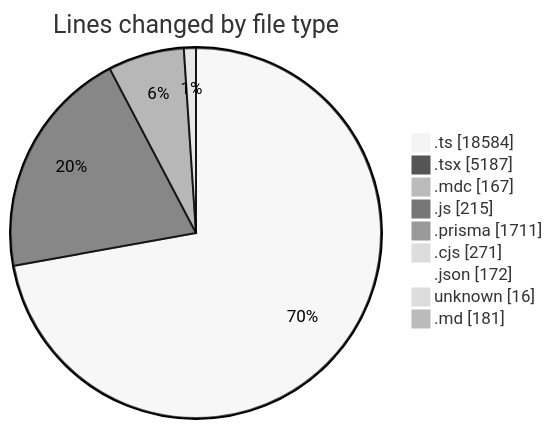
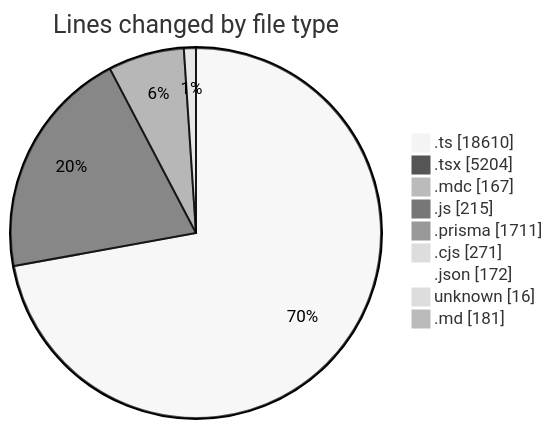
The first of 2 diagrams in 2025-06-06/ecodeli-1/README.md (CELIANVF/code-tracking), drawn with Mermaid (neutral theme) before and after one commit. The commit also changed other lines of this file and 1 other file, not shown here.

````diff
--- a/2025-06-06/ecodeli-1/README.md
+++ b/2025-06-06/ecodeli-1/README.md
@@ -97,13 +97,13 @@
 ```mermaid
 pie showData
 title Lines changed by file type
-".ts" : 18584
-".tsx" : 5187
+".ts" : 18610
+".tsx" : 5204
 ".mdc" : 167
 ".js" : 215
 ".prisma" : 1711
 ".cjs" : 271
 ".json" : 172
 "unknown" : 16
 ".md" : 181
 ```
````
